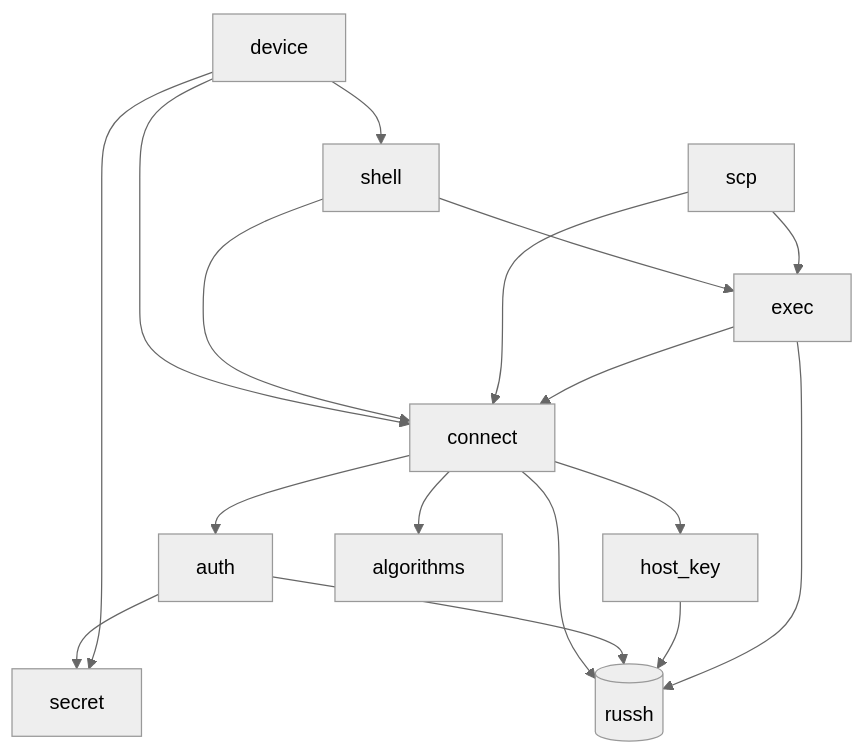
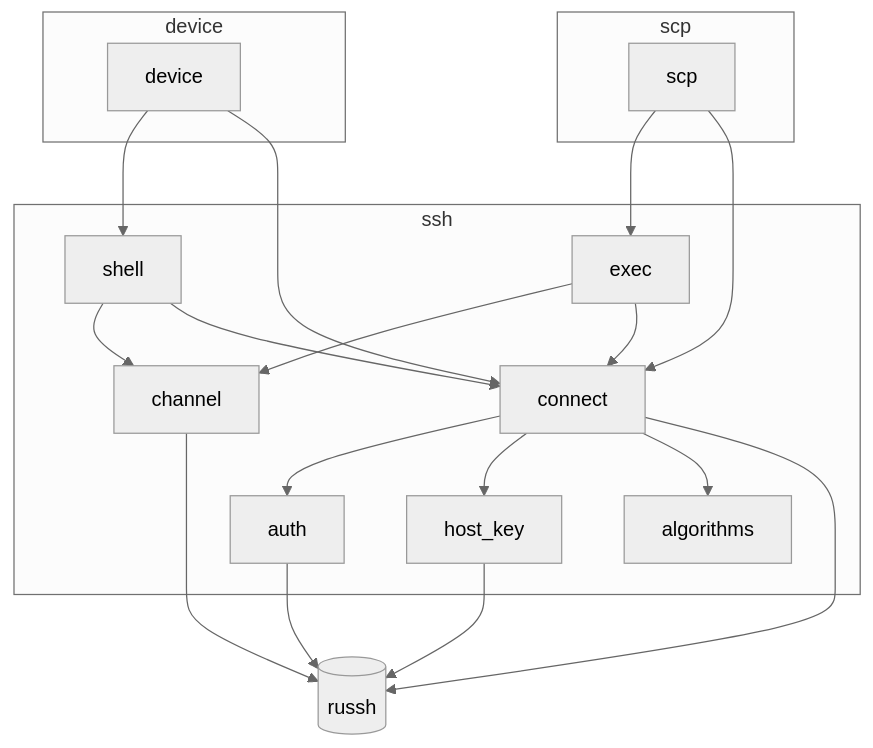
One commit to bwks/jato-lib changed the first of 2 diagrams in docs/architecture/README.md. Above: the diagram before and after it, drawn with Mermaid (neutral theme). The commit also changed other lines of this file and 24 other files, not shown here.

First line of the commit message:
refactor: group modules into shared, ssh and scp

````diff
--- a/docs/architecture/README.md
+++ b/docs/architecture/README.md
@@ -81,19 +105,33 @@
 ```mermaid
 graph TD
-    device[device] --> shell[shell]
-    device --> connect[connect]
-    shell --> exec[exec]
+    subgraph device_area[device]
+        device[device]
+    end
+    subgraph scp_area[scp]
+        scp[scp]
+    end
+    subgraph ssh_area[ssh]
+        shell[shell]
+        exec[exec]
+        channel[channel]
+        connect[connect]
+        auth[auth]
+        host_key[host_key]
+        algorithms[algorithms]
+    end
+    device --> shell
+    device --> connect
+    shell --> channel
     shell --> connect
-    scp[scp] --> exec
+    exec --> channel
+    exec --> connect
+    scp --> exec
     scp --> connect
-    exec --> connect
-    connect --> auth[auth]
-    connect --> host_key[host_key]
-    connect --> algorithms[algorithms]
-    auth --> secret[secret]
-    device --> secret
+    connect --> auth
+    connect --> host_key
+    connect --> algorithms
     connect --> russh[(russh)]
+    channel --> russh
     auth --> russh
     host_key --> russh
-    exec --> russh
 ```
````
